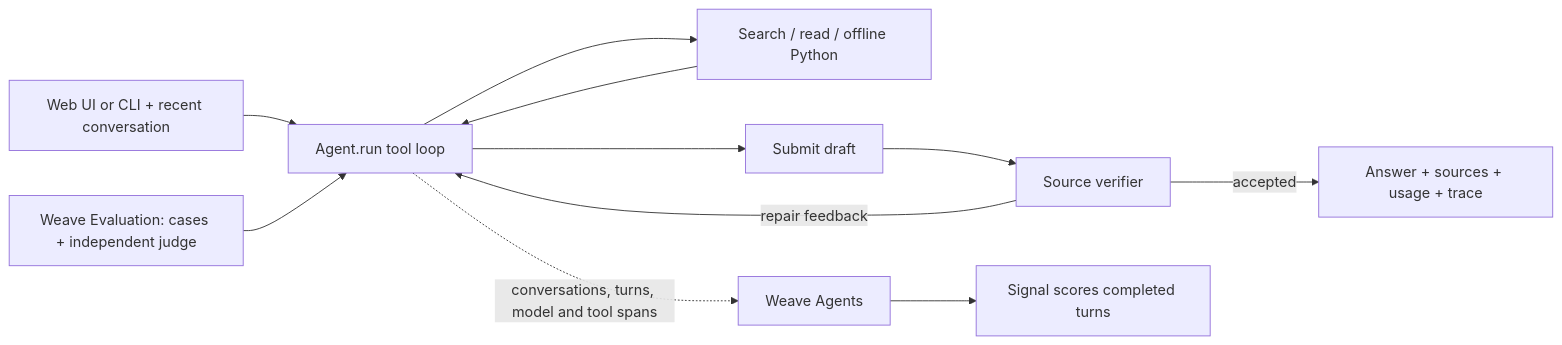
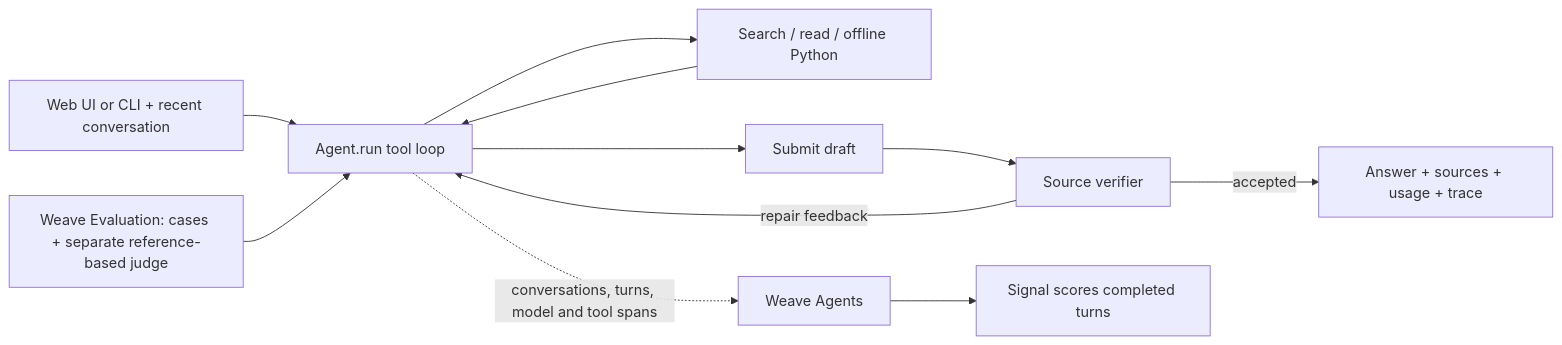
The diagram in README.md (devsodhirao/coreweaving), drawn with Mermaid before and after one commit. The commit also changed other lines of this file and 87 other files, not shown here.

````diff
--- a/README.md
+++ b/README.md
@@ -57,13 +59,13 @@
 ```mermaid
 flowchart LR
     Q[Web UI or CLI + recent conversation] --> A[Agent.run tool loop]
     A --> T[Search / read / offline Python]
     T --> A
     A --> D[Submit draft]
     D --> V[Source verifier]
     V -->|repair feedback| A
     V -->|accepted| U[Answer + sources + usage + trace]
-    E[Weave Evaluation: cases + independent judge] --> A
+    E[Weave Evaluation: cases + separate reference-based judge] --> A
     A -. conversations, turns, model and tool spans .-> W[Weave Agents]
     W --> S[Signal scores completed turns]
 ```
````
